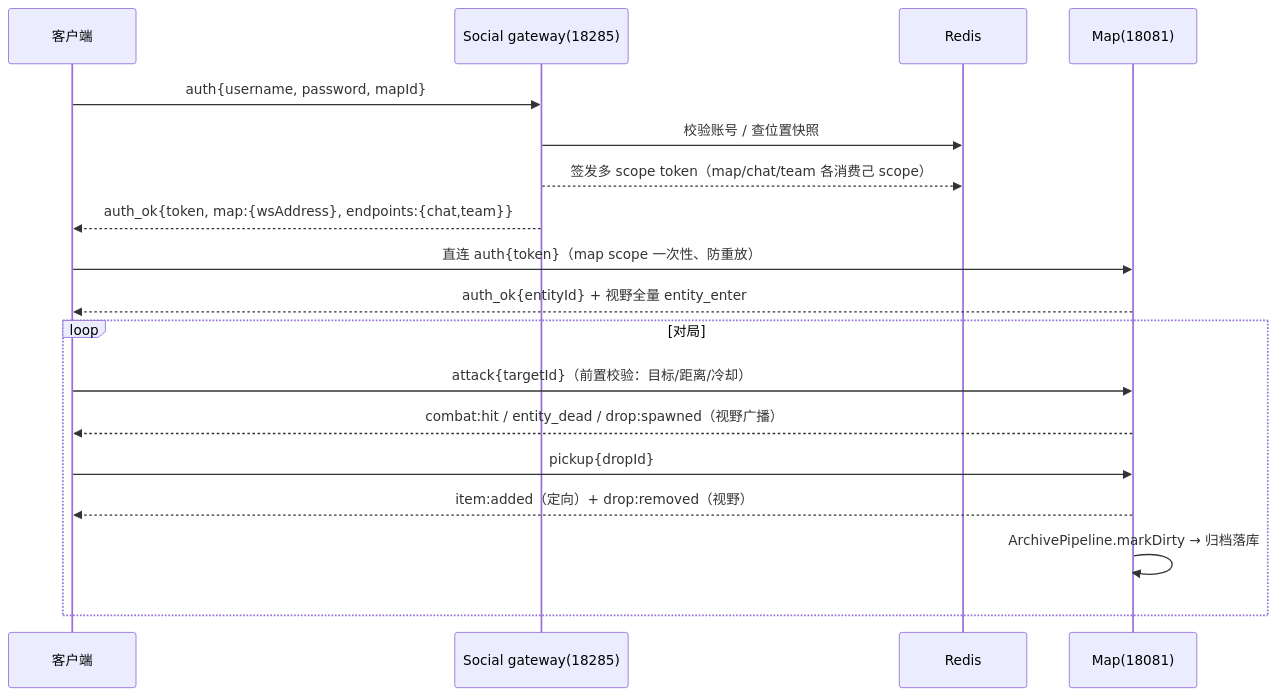
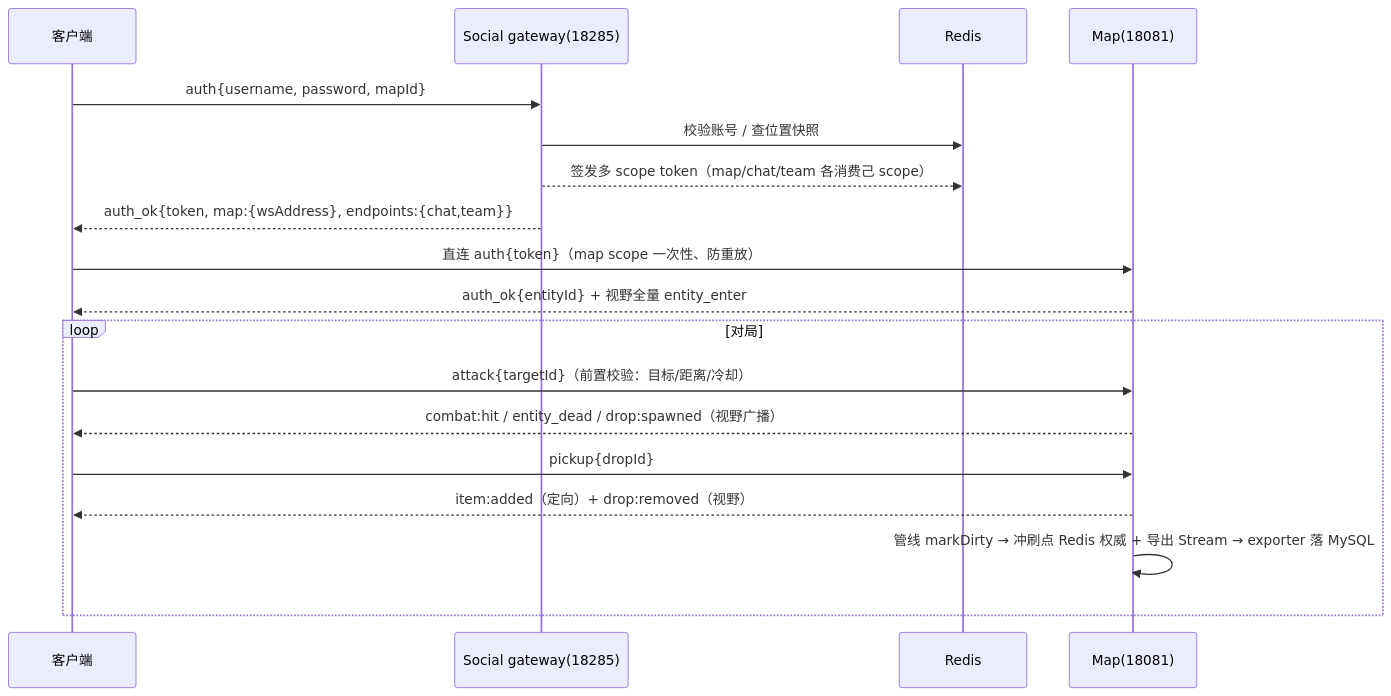
Before and after one commit to Nythros/Nythros: the third of 3 diagrams in docs/architecture.md, drawn with Mermaid. The commit also changed other lines of this file and 9 other files, not shown here.

````diff
--- a/docs/architecture.md
+++ b/docs/architecture.md
@@ -174,21 +178,21 @@
 ```mermaid
 sequenceDiagram
     participant C as 客户端
     participant GW as Social gateway(18285)
     participant R as Redis
     participant M as Map(18081)
 
     C->>GW: auth{username, password, mapId}
     GW->>R: 校验账号 / 查位置快照
     GW-->>R: 签发多 scope token（map/chat/team 各消费己 scope）
     GW-->>C: auth_ok{token, map:{wsAddress}, endpoints:{chat,team}}
     C->>M: 直连 auth{token}（map scope 一次性、防重放）
     M-->>C: auth_ok{entityId} + 视野全量 entity_enter
     loop 对局
         C->>M: attack{targetId}（前置校验：目标/距离/冷却）
         M-->>C: combat:hit / entity_dead / drop:spawned（视野广播）
         C->>M: pickup{dropId}
         M-->>C: item:added（定向）+ drop:removed（视野）
-        M->>M: ArchivePipeline.markDirty → 归档落库
+        M->>M: 管线 markDirty → 冲刷点 Redis 权威 + 导出 Stream → exporter 落 MySQL
     end
 ```
````
